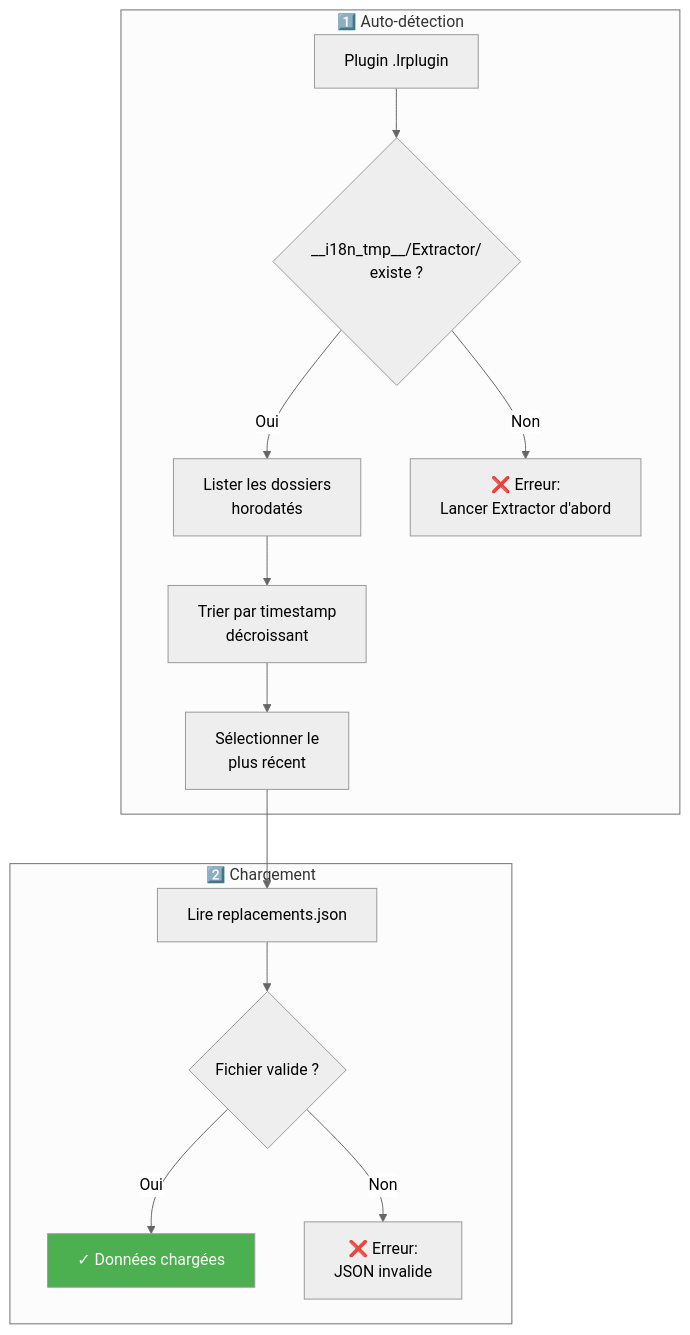
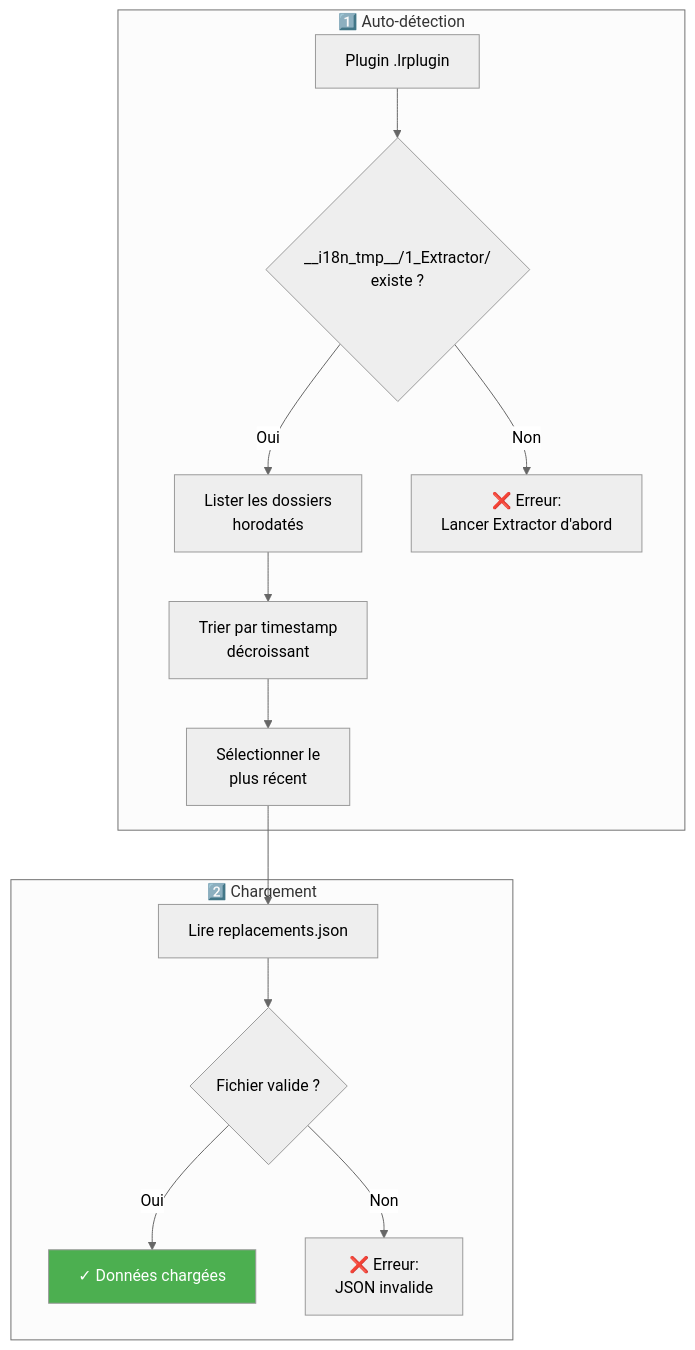
One commit to Gotcha26/Adobe_Lightroom_Translation_Plugins_Kit changed the third of 7 diagrams in tools/applicator/__doc__/fr/Lisez-moi.md. Above: the diagram before and after it, drawn with Mermaid (neutral theme). The commit also changed other lines of this file and 28 other files, not shown here.

````diff
--- a/tools/applicator/__doc__/fr/Lisez-moi.md
+++ b/tools/applicator/__doc__/fr/Lisez-moi.md
@@ -318,19 +323,19 @@
 ```mermaid
 flowchart TD
     subgraph Detection["1️⃣ Auto-détection"]
-        A["Plugin .lrplugin"] --> B{"__i18n_tmp__/Extractor/<br/>existe ?"}
+        A["Plugin .lrplugin"] --> B{"__i18n_tmp__/1_Extractor/<br/>existe ?"}
         B -->|Oui| C["Lister les dossiers<br/>horodatés"]
         B -->|Non| D["❌ Erreur:<br/>Lancer Extractor d'abord"]
         C --> E["Trier par timestamp<br/>décroissant"]
         E --> F["Sélectionner le<br/>plus récent"]
     end
 
     subgraph Chargement["2️⃣ Chargement"]
         F --> G["Lire replacements.json"]
         G --> H{"Fichier valide ?"}
         H -->|Oui| I["✓ Données chargées"]
         H -->|Non| J["❌ Erreur:<br/>JSON invalide"]
     end
 
     style I fill:#4CAF50,color:#fff
 ```
````
